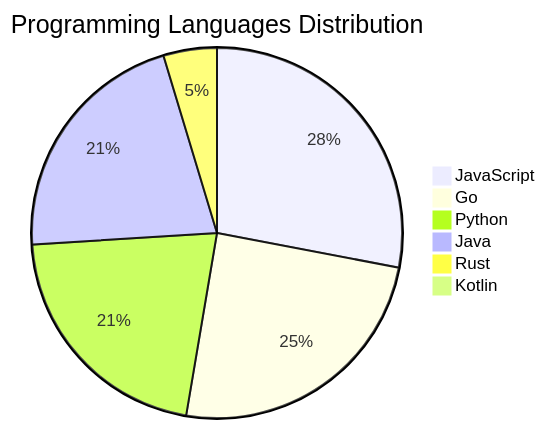
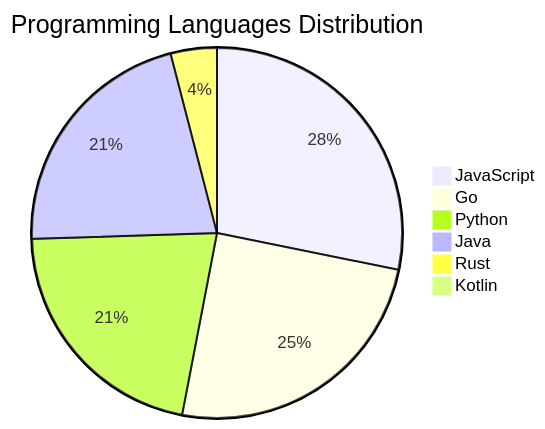
Before and after one commit to Derrick-MUGISHA/github-activity-bot: the diagram in README.md, drawn with Mermaid. The commit also changed other lines of this file and 4 other files, not shown here.

````diff
--- a/README.md
+++ b/README.md
@@ -206,9 +206,9 @@
 ```mermaid
 pie title Programming Languages Distribution
     "JavaScript" : 42
     "Go" : 37
     "Python" : 32
     "Java" : 32
-    "Rust" : 7
+    "Rust" : 6
     "Kotlin" : 1
 ```
````
